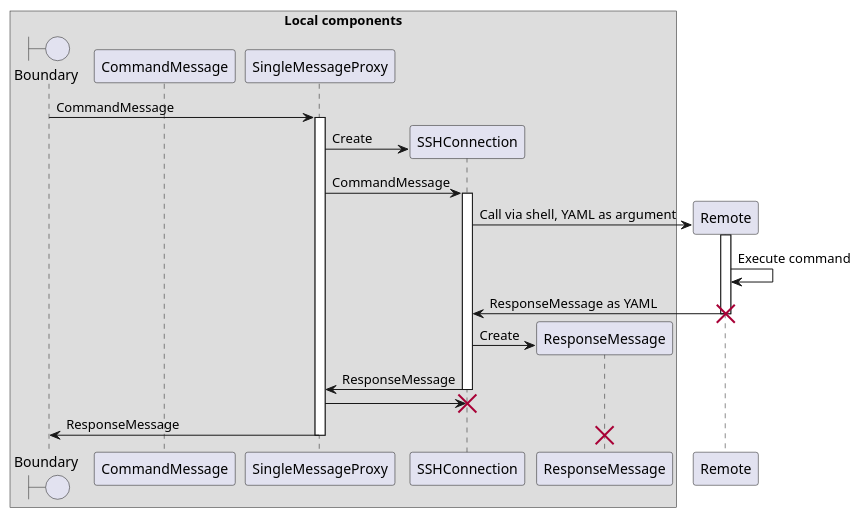
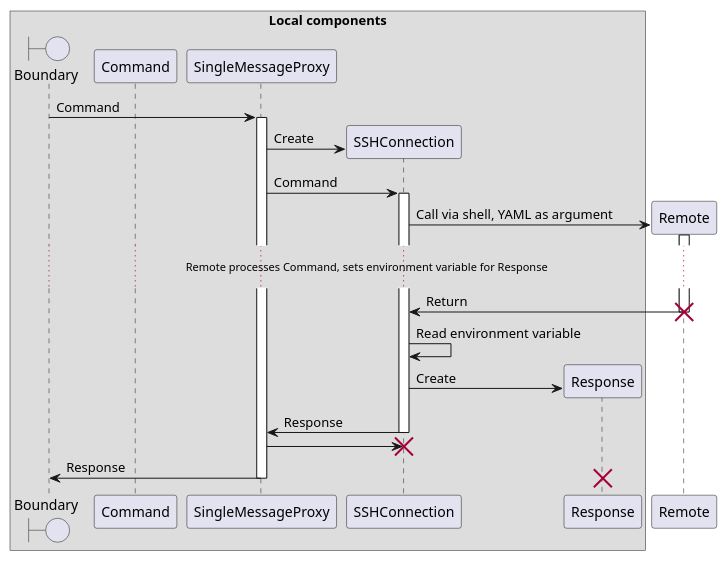
One commit to DistributedTaskScheduling/documentation changed the diagram in design/sequence/proxy-one-message.puml. Above: the diagram before and after it, drawn with PlantUML. The commit also changed 2 other files, not shown here.

Commit message:
Revised proxy sequence diagrams: MessageHandler, envornment variables

```diff
--- a/design/sequence/proxy-one-message.puml
+++ b/design/sequence/proxy-one-message.puml
@@ -1,26 +1,27 @@
 @startuml
 
 box "Local components"
     boundary Boundary
-    participant CommandMessage
+    participant Command
     participant SingleMessageProxy as Proxy
     participant SSHConnection
-    participant ResponseMessage
+    participant Response
 end box
 
-Boundary -> Proxy ++ : CommandMessage
+Boundary -> Proxy ++ : Command
 Proxy -> SSHConnection ** : Create
-Proxy -> SSHConnection ++ : CommandMessage
+Proxy -> SSHConnection ++ : Command
 SSHConnection -> Remote ** : Call via shell, YAML as argument
 activate Remote
-Remote -> Remote : Execute command
-SSHConnection <- Remote -- : ResponseMessage as YAML
+... Remote processes Command, sets environment variable for Response ...
+SSHConnection <- Remote -- : Return
 destroy Remote
-SSHConnection -> ResponseMessage ** : Create
-Proxy <- SSHConnection -- : ResponseMessage
+SSHConnection -> SSHConnection: Read environment variable
+SSHConnection -> Response ** : Create
+Proxy <- SSHConnection -- : Response
 Proxy -> SSHConnection !!
-Boundary <- Proxy -- : ResponseMessage
+Boundary <- Proxy -- : Response
 
-destroy ResponseMessage
+destroy Response
 
 @enduml
```
